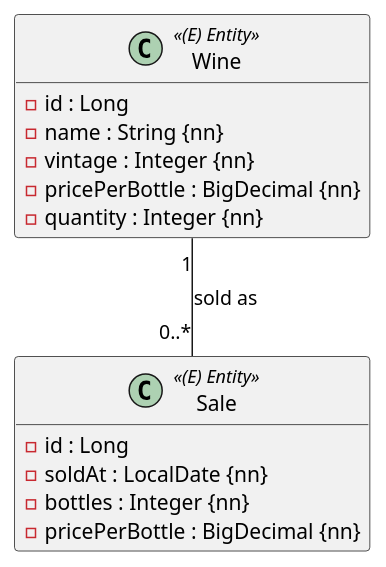
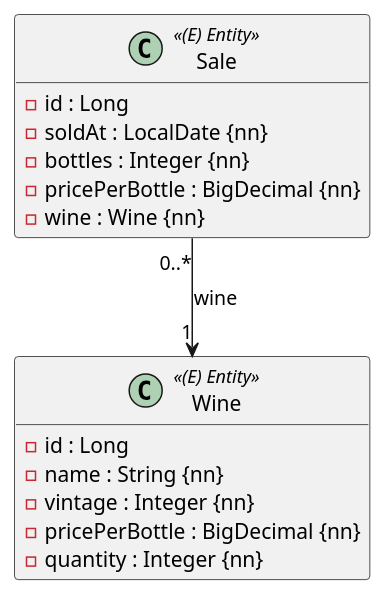
One commit to SJ2627-POS-Lernwerkstatt/SJ2627-POS-Lernwerkstatt.github.io changed the diagram in src/content/pruefungen/exercises/04-weingut.md. Above: the diagram before and after it, drawn with PlantUML. The commit also changed 3 other files, not shown here.

Commit message:
fix: exam UML 1-4 shows every reference as an attribute (Type[*] for collections); one-way relations as directed edges

````diff
--- a/src/content/pruefungen/exercises/04-weingut.md
+++ b/src/content/pruefungen/exercises/04-weingut.md
@@ -36,22 +36,23 @@
 ```plantuml
 @startuml
 hide empty methods
 
 class Wine <<(E) Entity>> {
   - id : Long
   - name : String {nn}
   - vintage : Integer {nn}
   - pricePerBottle : BigDecimal {nn}
   - quantity : Integer {nn}
 }
 
 class Sale <<(E) Entity>> {
   - id : Long
   - soldAt : LocalDate {nn}
   - bottles : Integer {nn}
   - pricePerBottle : BigDecimal {nn}
+  - wine : Wine {nn}
 }
 
-Wine "1" -- "0..*" Sale : sold as
+Sale "0..*" --> "1" Wine : wine
 @enduml
 ```
````
